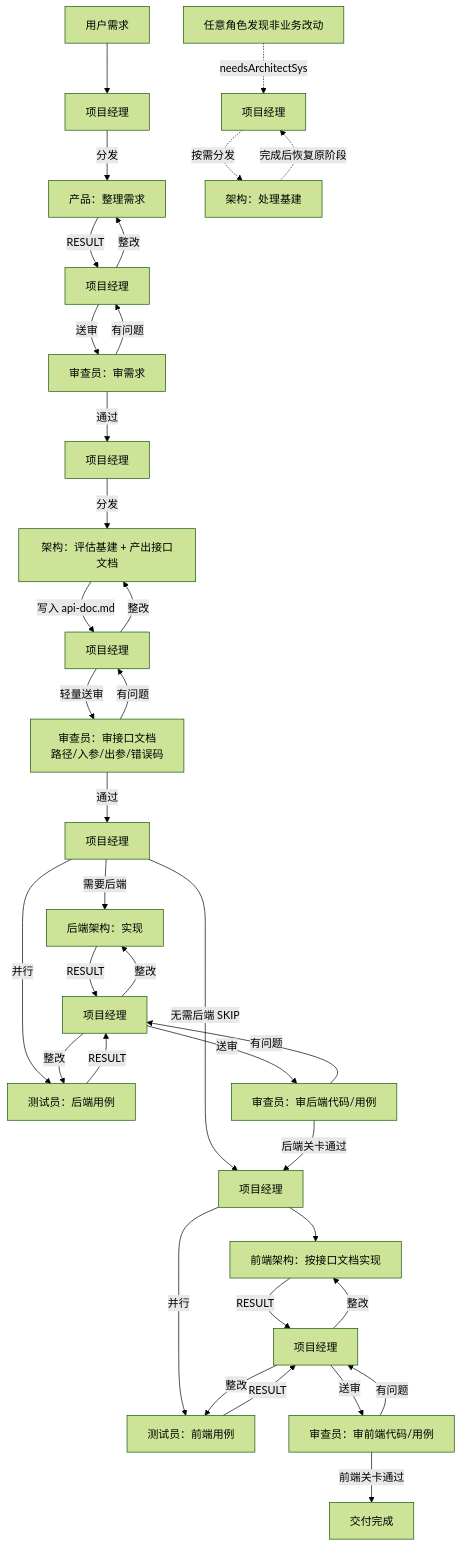
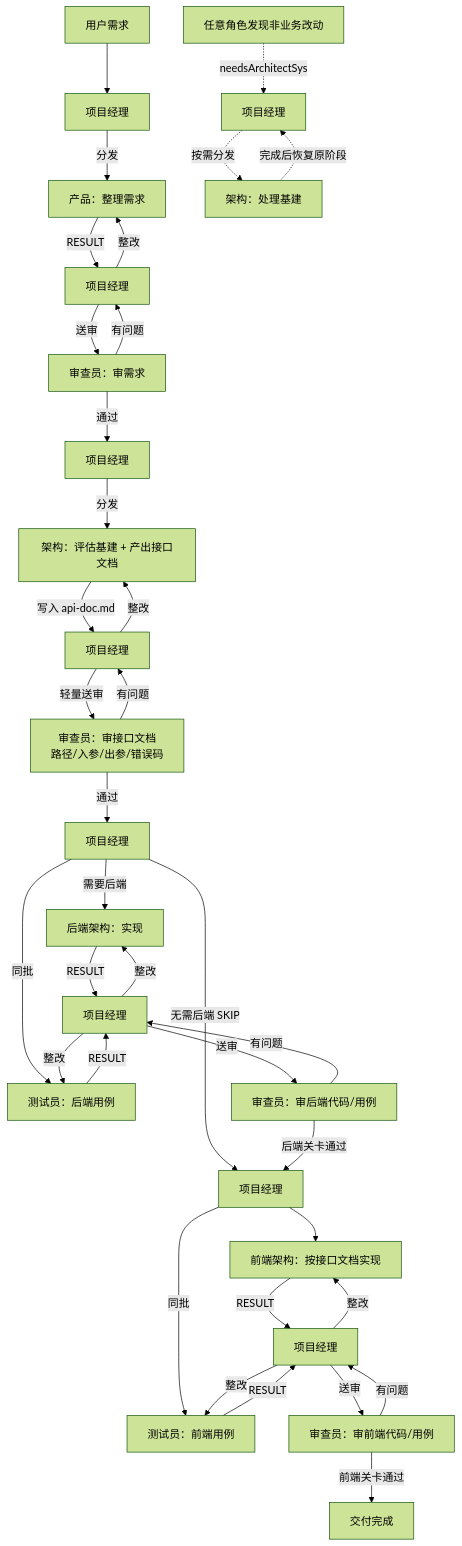
Before and after one commit to Luzhaotian/fe-agent: the diagram in README.md, drawn with Mermaid (forest theme). The commit also changed other lines of this file and 20 other files, not shown here.

````diff
--- a/README.md
+++ b/README.md
@@ -87,41 +87,41 @@
 ```mermaid
 flowchart TD
   U[用户需求] --> M1[项目经理]
   M1 -->|分发| P[产品：整理需求]
   P -->|RESULT| M2[项目经理]
   M2 -->|送审| R1[审查员：审需求]
   R1 -->|有问题| M2
   M2 -->|整改| P
   R1 -->|通过| M3[项目经理]
   M3 -->|分发| A[架构：评估基建 + 产出接口文档]
   A -->|写入 api-doc.md| M4[项目经理]
   M4 -->|轻量送审| R2[审查员：审接口文档<br/>路径/入参/出参/错误码]
   R2 -->|有问题| M4
   M4 -->|整改| A
   R2 -->|通过| M5[项目经理]
 
   M5 -->|无需后端 SKIP| M7
   M5 -->|需要后端| B[后端架构：实现]
-  M5 -->|并行| TB[测试员：后端用例]
+  M5 -->|同批| TB[测试员：后端用例]
   B -->|RESULT| M6[项目经理]
   TB -->|RESULT| M6
   M6 -->|送审| R3[审查员：审后端代码/用例]
   R3 -->|有问题| M6
   M6 -->|整改| B
   M6 -->|整改| TB
   R3 -->|后端关卡通过| M7[项目经理]
 
   M7 --> F[前端架构：按接口文档实现]
-  M7 -->|并行| TF[测试员：前端用例]
+  M7 -->|同批| TF[测试员：前端用例]
   F -->|RESULT| M8[项目经理]
   TF -->|RESULT| M8
   M8 -->|送审| R4[审查员：审前端代码/用例]
   R4 -->|有问题| M8
   M8 -->|整改| F
   M8 -->|整改| TF
   R4 -->|前端关卡通过| Done[交付完成]
 
   X[任意角色发现非业务改动] -.->|needsArchitectSys| M9[项目经理]
   M9 -.->|按需分发| A2[架构：处理基建]
   A2 -.->|完成后恢复原阶段| M9
 ```
````
